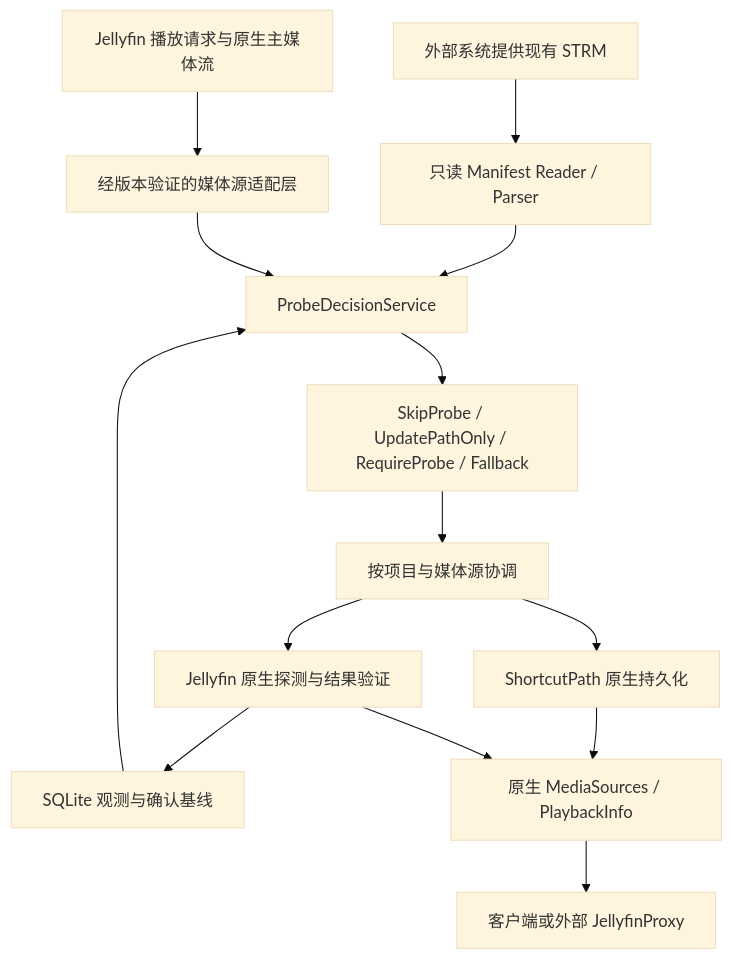
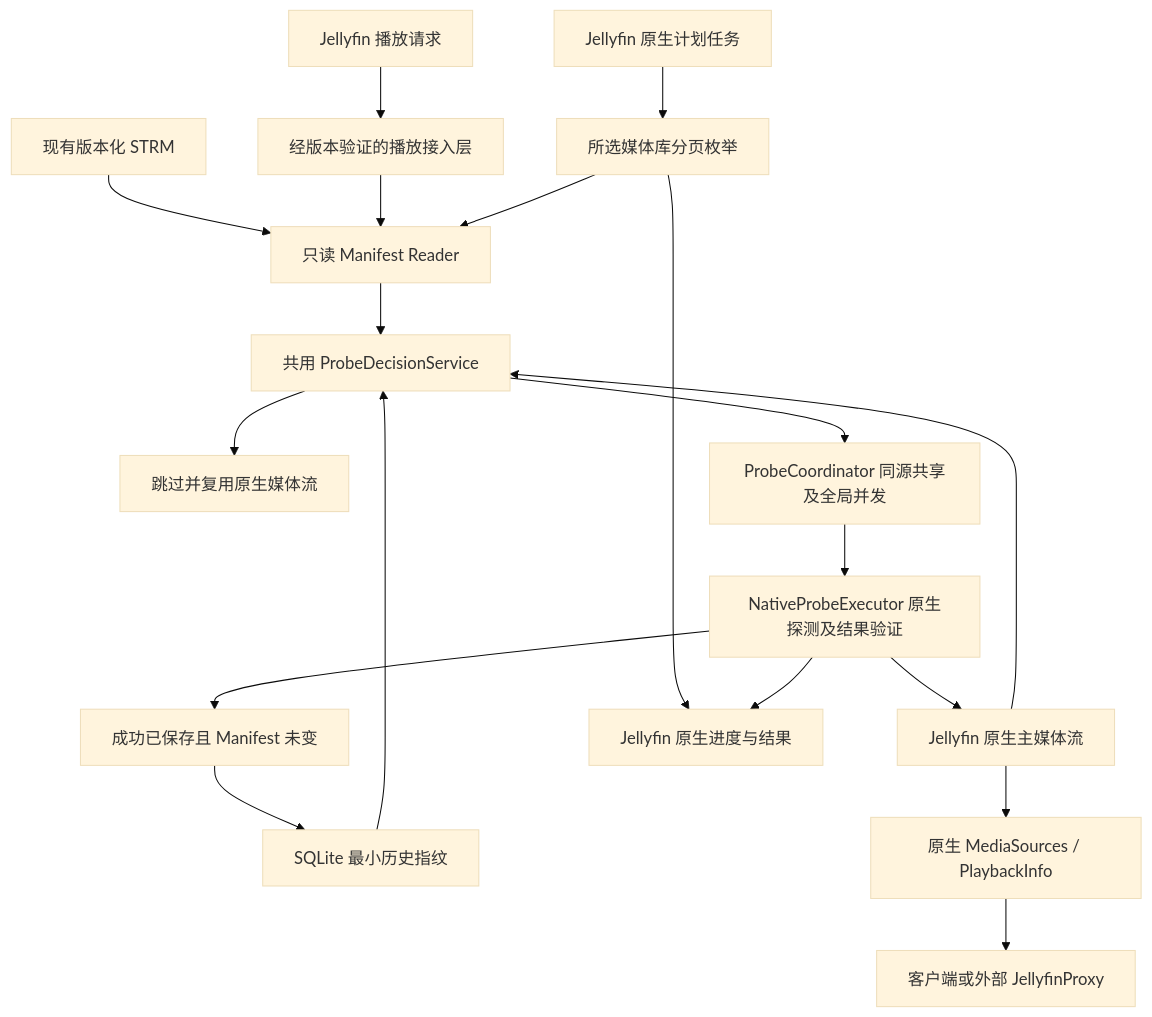
Before and after one commit to kentinya/jellyfin-strm-probe: the diagram in docs/architecture.md, drawn with Mermaid (base theme). The commit also changed other lines of this file and 20 other files, not shown here.

````diff
--- a/docs/architecture.md
+++ b/docs/architecture.md
@@ -11,16 +11,21 @@
 ```mermaid
 flowchart TD
-    A[外部系统提供现有 STRM] --> B[只读 Manifest Reader / Parser]
-    C[Jellyfin 播放请求与原生主媒体流] --> D[经版本验证的媒体源适配层]
-    B --> E[ProbeDecisionService]
-    F[SQLite 观测与确认基线] --> E
-    D --> E
-    E --> G[SkipProbe / UpdatePathOnly / RequireProbe / Fallback]
-    G --> H[按项目与媒体源协调]
-    H --> I[Jellyfin 原生探测与结果验证]
-    H --> J[ShortcutPath 原生持久化]
-    I --> F
-    J --> K[原生 MediaSources / PlaybackInfo]
-    I --> K
-    K --> L[客户端或外部 JellyfinProxy]
+    A[现有版本化 STRM] --> R[只读 Manifest Reader]
+    P[Jellyfin 播放请求] --> I[经版本验证的播放接入层]
+    T[Jellyfin 原生计划任务] --> Q[所选媒体库分页枚举]
+    I --> R
+    Q --> R
+    R --> D[共用 ProbeDecisionService]
+    F[SQLite 最小历史指纹] --> D
+    N[Jellyfin 原生主媒体流] --> D
+    D --> S[跳过并复用原生媒体流]
+    D --> C[ProbeCoordinator 同源共享及全局并发]
+    C --> E[NativeProbeExecutor 原生探测及结果验证]
+    E --> N
+    E --> V[成功已保存且 Manifest 未变]
+    V --> F
+    N --> B[原生 MediaSources / PlaybackInfo]
+    B --> U[客户端或外部 JellyfinProxy]
+    Q --> G[Jellyfin 原生进度与结果]
+    E --> G
 ```
````
